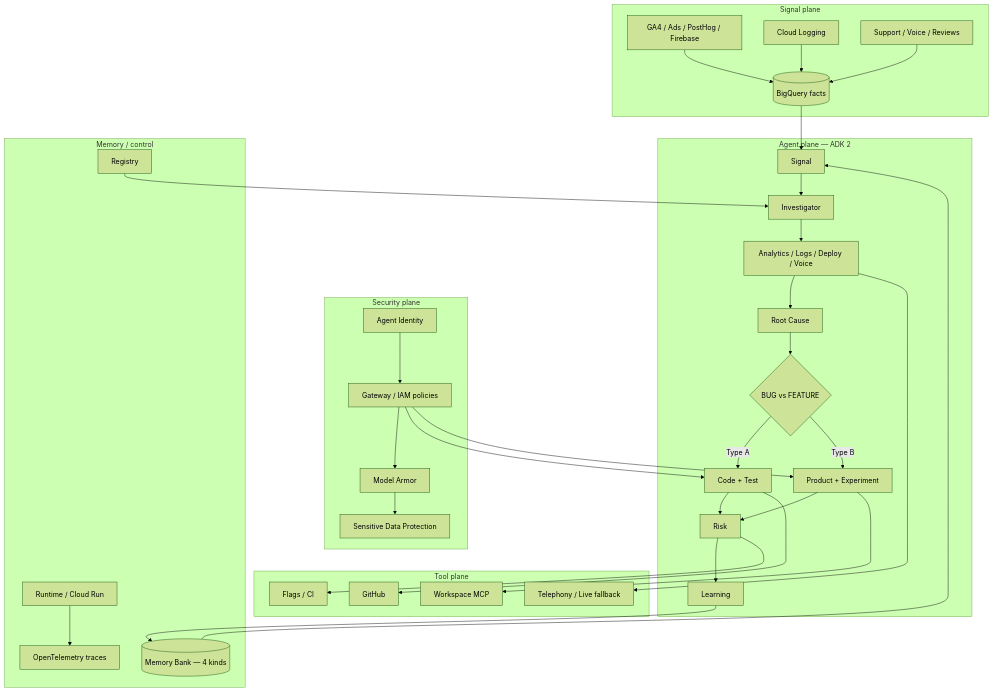
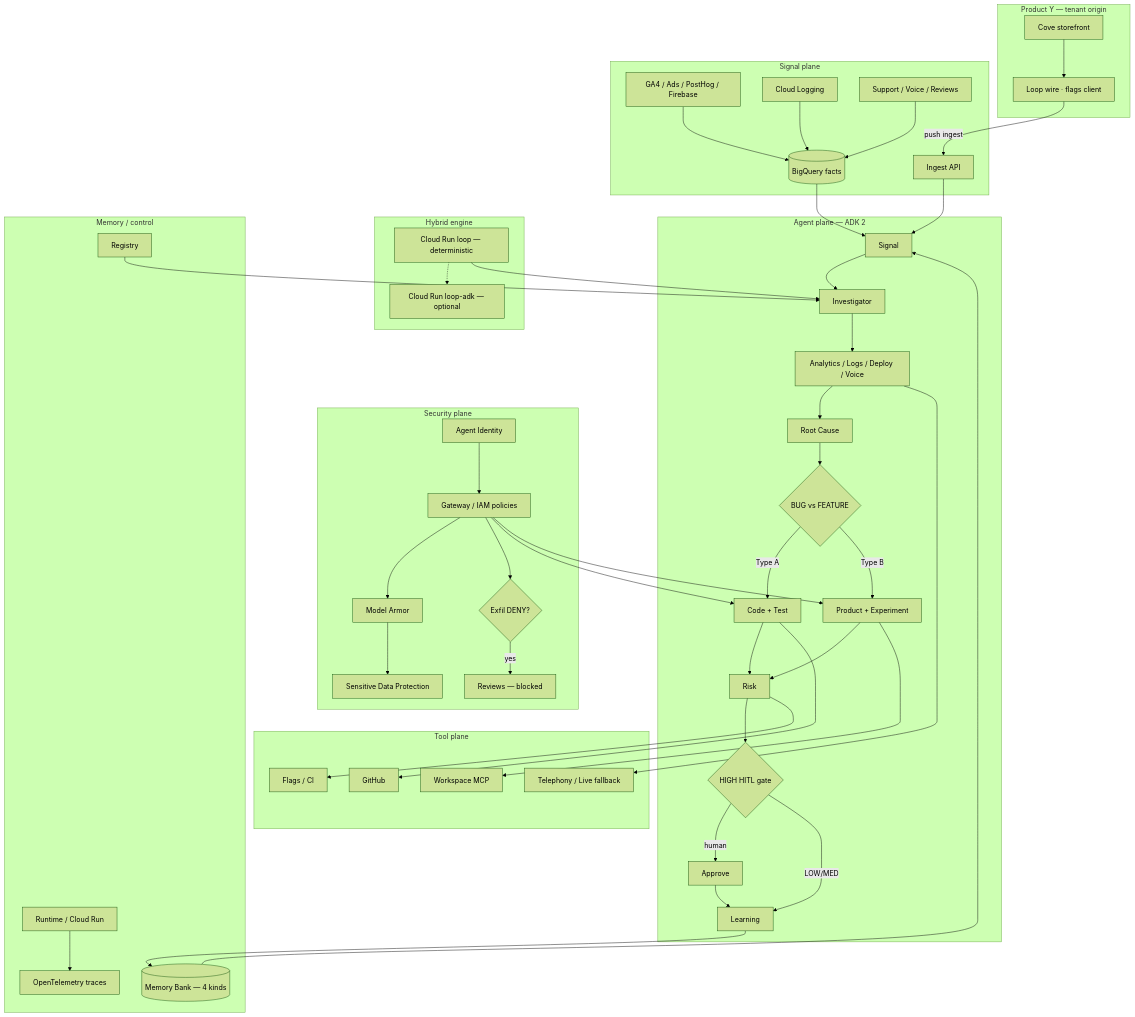
Before and after one commit to saurabh4269/product-os: the diagram in docs/architecture.mmd, drawn with Mermaid (forest theme). The commit also changed 60 other files, not shown here.

First line of the commit message:
Homepage demo UX, architecture lab, and pipeline payoffs.

```diff
--- a/docs/architecture.mmd
+++ b/docs/architecture.mmd
@@ -1,59 +1,81 @@
 flowchart TB
+  subgraph tenant_y [Product Y — tenant origin]
+    COVE[Cove storefront]
+    WIRE[Loop wire · flags client]
+    COVE --> WIRE
+  end
+
   subgraph signals [Signal plane]
     GA4[GA4 / Ads / PostHog / Firebase]
     LOGS[Cloud Logging]
     CRM[Support / Voice / Reviews]
     GA4 --> BQ[(BigQuery facts)]
     LOGS --> BQ
     CRM --> BQ
+    WIRE -->|push ingest| INGEST[Ingest API]
   end
 
   subgraph agents [Agent plane — ADK 2]
     SIG[Signal]
     INV[Investigator]
     SPEC[Analytics / Logs / Deploy / Voice]
     RCA[Root Cause]
     PATH{BUG vs FEATURE}
     CODE[Code + Test]
     PROD[Product + Experiment]
     RISK[Risk]
+    HITL{HIGH HITL gate}
+    APR[Approve]
     LEARN[Learning]
     SIG --> INV --> SPEC --> RCA --> PATH
     PATH -->|Type A| CODE --> RISK
     PATH -->|Type B| PROD --> RISK
-    RISK --> LEARN
+    RISK --> HITL
+    HITL -->|human| APR --> LEARN
+    HITL -->|LOW/MED| LEARN
+  end
+
+  subgraph hybrid [Hybrid engine]
+    LOOP_HOST[Cloud Run loop — deterministic]
+    ADK_HOST[Cloud Run loop-adk — optional]
+    LOOP_HOST -.-> ADK_HOST
   end
 
   subgraph security [Security plane]
     ID[Agent Identity]
     GW[Gateway / IAM policies]
     MA[Model Armor]
     SDP[Sensitive Data Protection]
+    DENY{Exfil DENY?}
     ID --> GW --> MA --> SDP
+    GW --> DENY
+    DENY -->|yes| REV[Reviews — blocked]
   end
 
   subgraph tools [Tool plane]
     GH[GitHub]
     WS[Workspace MCP]
     TEL[Telephony / Live fallback]
     FLAG[Flags / CI]
   end
 
   subgraph memory [Memory / control]
     RT[Runtime / Cloud Run]
     MB[(Memory Bank — 4 kinds)]
     REG[Registry]
     OTEL[OpenTelemetry traces]
   end
 
   BQ --> SIG
+  INGEST --> SIG
   LEARN --> MB
   MB --> SIG
   REG --> INV
   GW --> CODE
   GW --> PROD
   CODE --> GH
   PROD --> WS
   SPEC --> TEL
   RISK --> FLAG
   RT --> OTEL
+  LOOP_HOST --> INV
```
